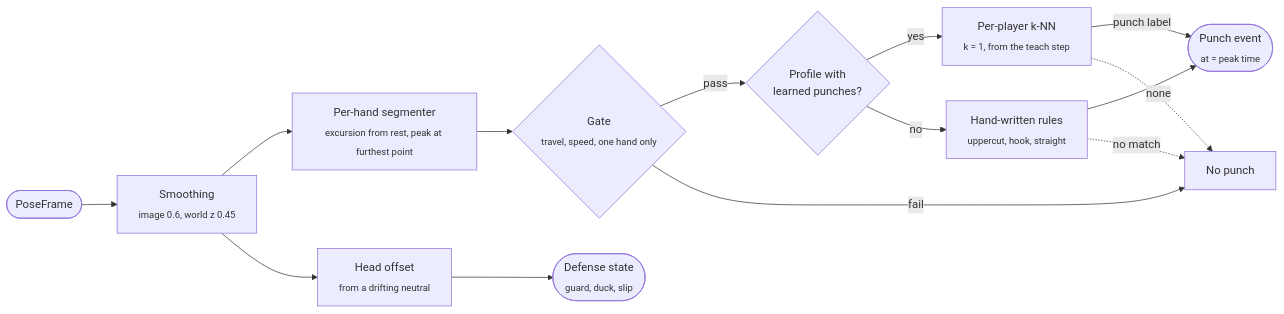
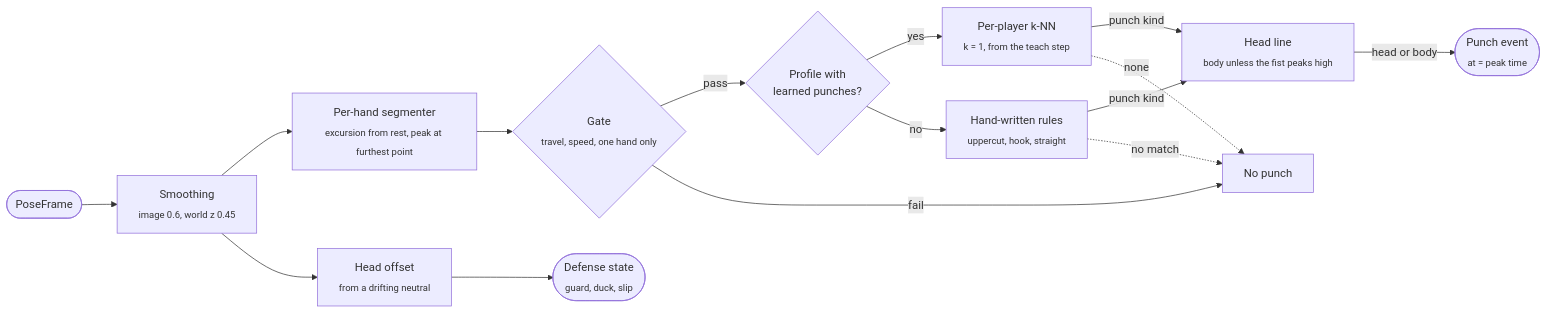
The fourth of 4 diagrams in README.md (teddycitrus/shadow-box), drawn with Mermaid before and after one commit. The commit also changed other lines of this file and 20 other files, not shown here.

Commit message:
changed punches to body by default, head only when aimed high

````diff
--- a/README.md
+++ b/README.md
@@ -212,25 +212,27 @@
 ```mermaid
 flowchart LR
   F(["PoseFrame"])
   SM["Smoothing<br/><sub>image 0.6, world z 0.45</sub>"]
   SEG["Per-hand segmenter<br/><sub>excursion from rest, peak at furthest point</sub>"]
   G{"Gate<br/><sub>travel, speed, one hand only</sub>"}
   Q{"Profile with<br/>learned punches?"}
   K["Per-player k-NN<br/><sub>k = 1, from the teach step</sub>"]
   R["Hand-written rules<br/><sub>uppercut, hook, straight</sub>"]
+  T["Head line<br/><sub>body unless the fist peaks high</sub>"]
   P(["Punch event<br/><sub>at = peak time</sub>"])
   X["No punch"]
   N["Head offset<br/><sub>from a drifting neutral</sub>"]
   D(["Defense state<br/><sub>guard, duck, slip</sub>"])
 
   F --> SM --> SEG --> G
   G -->|"pass"| Q
   G -->|"fail"| X
   Q -->|"yes"| K
   Q -->|"no"| R
-  K -->|"punch label"| P
+  K -->|"punch kind"| T
   K -.->|"none"| X
-  R --> P
+  R -->|"punch kind"| T
+  T -->|"head or body"| P
   R -.->|"no match"| X
   SM --> N --> D
 ```
````
